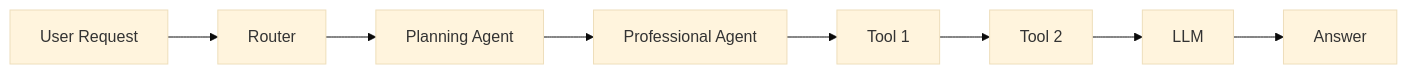
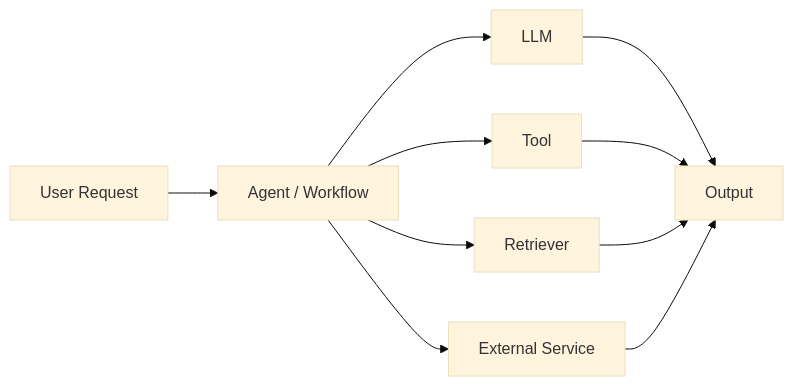
Before and after one commit to sgfd-ui/internship: the eighth of 15 diagrams in weekly-report/phoenix-langfuse-research.md, drawn with Mermaid (base theme). The commit also changed other lines of this file, not shown here.

Commit message:
docs: generalize Phoenix and Langfuse research to Agent platform scope

````diff
--- a/weekly-report/phoenix-langfuse-research.md
+++ b/weekly-report/phoenix-langfuse-research.md
@@ -365,11 +315,15 @@
 ```mermaid
 flowchart LR
     U[User Request]
-    --> R[Router]
-    --> P[Planning Agent]
-    --> A[Professional Agent]
-    --> T1[Tool 1]
-    --> T2[Tool 2]
-    --> L[LLM]
-    --> O[Answer]
+    --> A[Agent / Workflow]
+
+    A --> L[LLM]
+    A --> T[Tool]
+    A --> R[Retriever]
+    A --> S[External Service]
+
+    L --> O[Output]
+    T --> O
+    R --> O
+    S --> O
 ```
````
